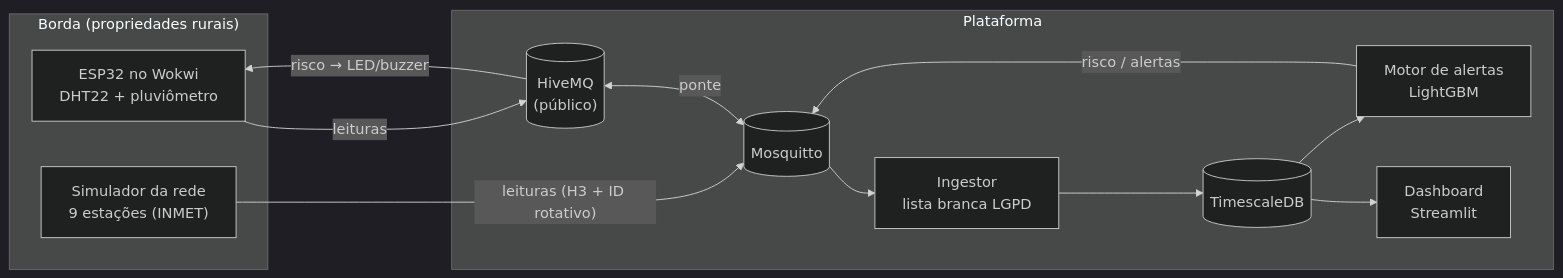
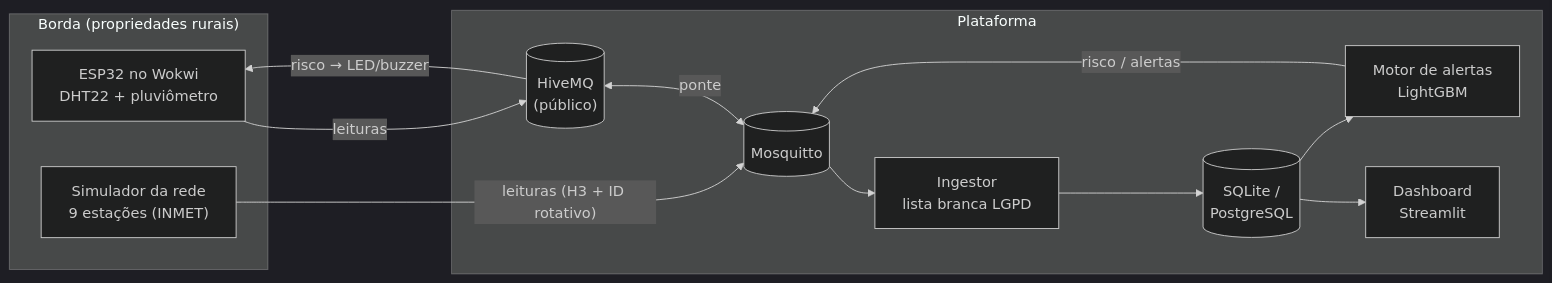
Before and after one commit to dzpoa/unisinos-agroalerta: the diagram in README.md, drawn with Mermaid (dark theme). The commit also changed other lines of this file and 6 other files, not shown here.

````diff
--- a/README.md
+++ b/README.md
@@ -12,21 +12,21 @@
 ```mermaid
 flowchart LR
     subgraph Borda["Borda (propriedades rurais)"]
         SIM["Simulador da rede<br/>9 estações (INMET)"]
         ESP["ESP32 no Wokwi<br/>DHT22 + pluviômetro"]
     end
     subgraph Nuvem["Plataforma"]
         HIVE[("HiveMQ<br/>(público)")]
         MQ[("Mosquitto")]
         ING["Ingestor<br/>lista branca LGPD"]
-        DB[("TimescaleDB")]
+        DB[("SQLite /<br/>PostgreSQL")]
         MOT["Motor de alertas<br/>LightGBM"]
         DASH["Dashboard<br/>Streamlit"]
     end
     SIM -- "leituras (H3 + ID rotativo)" --> MQ
     ESP -- leituras --> HIVE <-- ponte --> MQ
     MQ --> ING --> DB --> MOT
     MOT -- "risco / alertas" --> MQ
     HIVE -- "risco → LED/buzzer" --> ESP
     DB --> DASH
 ```
````
